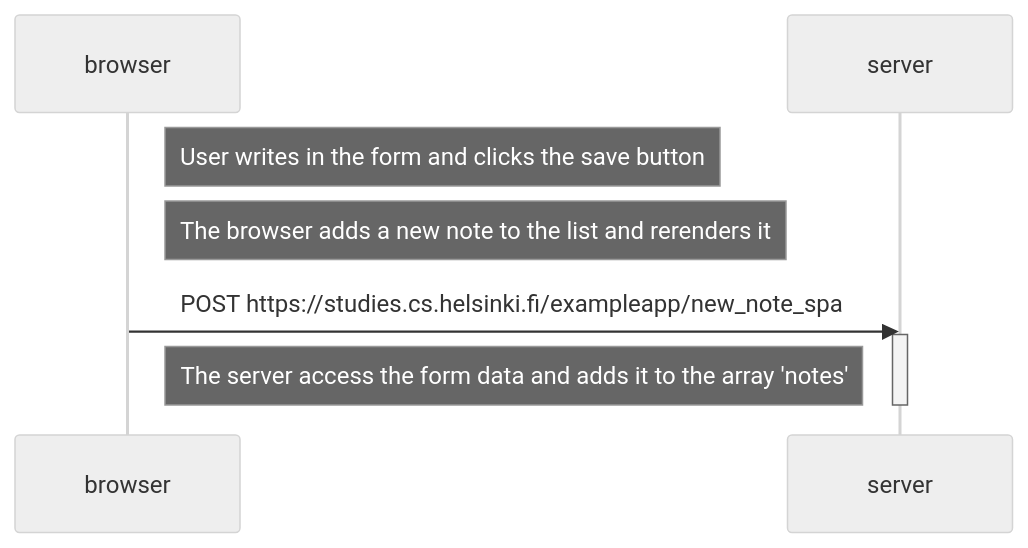
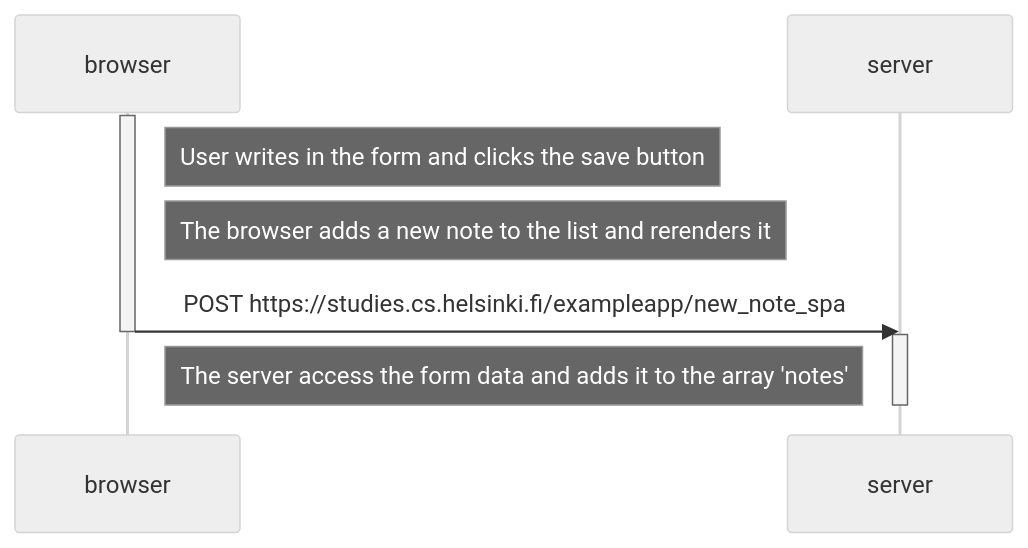
One commit to santiagotena/full_stack_open changed the diagram in part0/new_note_in_single_page_app_diagram.md. Above: the diagram before and after it, drawn with Mermaid (neutral theme).

````diff
--- a/part0/new_note_in_single_page_app_diagram.md
+++ b/part0/new_note_in_single_page_app_diagram.md
@@ -1,12 +1,14 @@
 ```mermaid
 sequenceDiagram
     participant browser
     participant server
 
+    activate browser
     Note right of browser: User writes in the form and clicks the save button
     Note right of browser: The browser adds a new note to the list and rerenders it
     browser->>server: POST https://studies.cs.helsinki.fi/exampleapp/new_note_spa
+    deactivate browser
     activate server
     Note left of server: The server access the form data and adds it to the array 'notes'
     deactivate server
 ```
````
